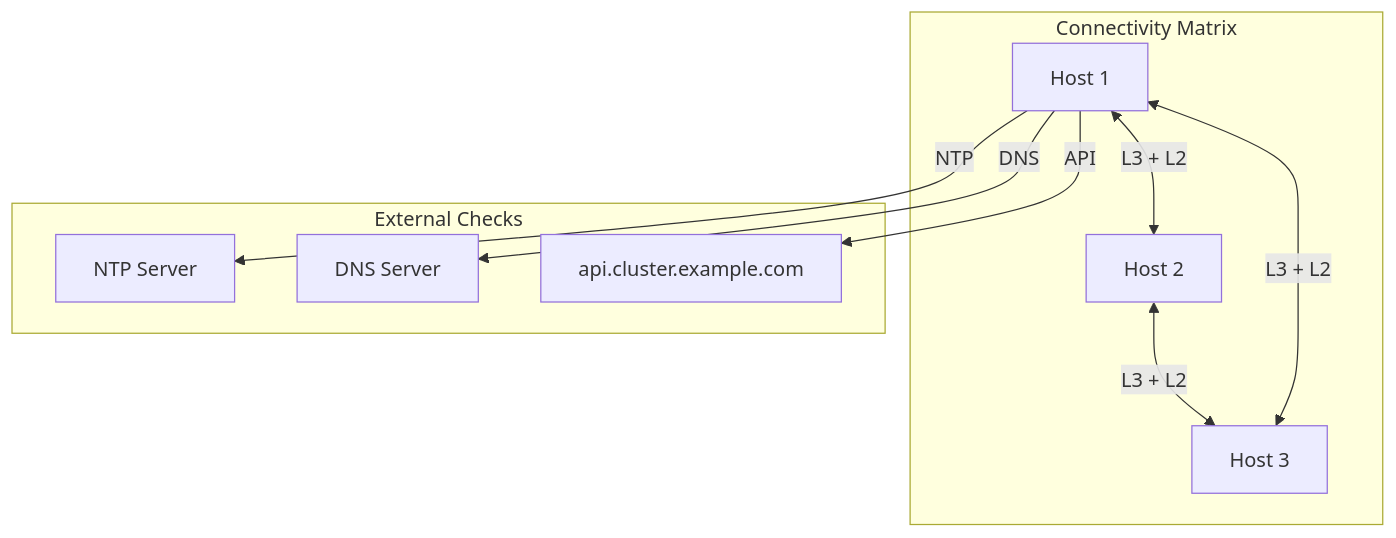
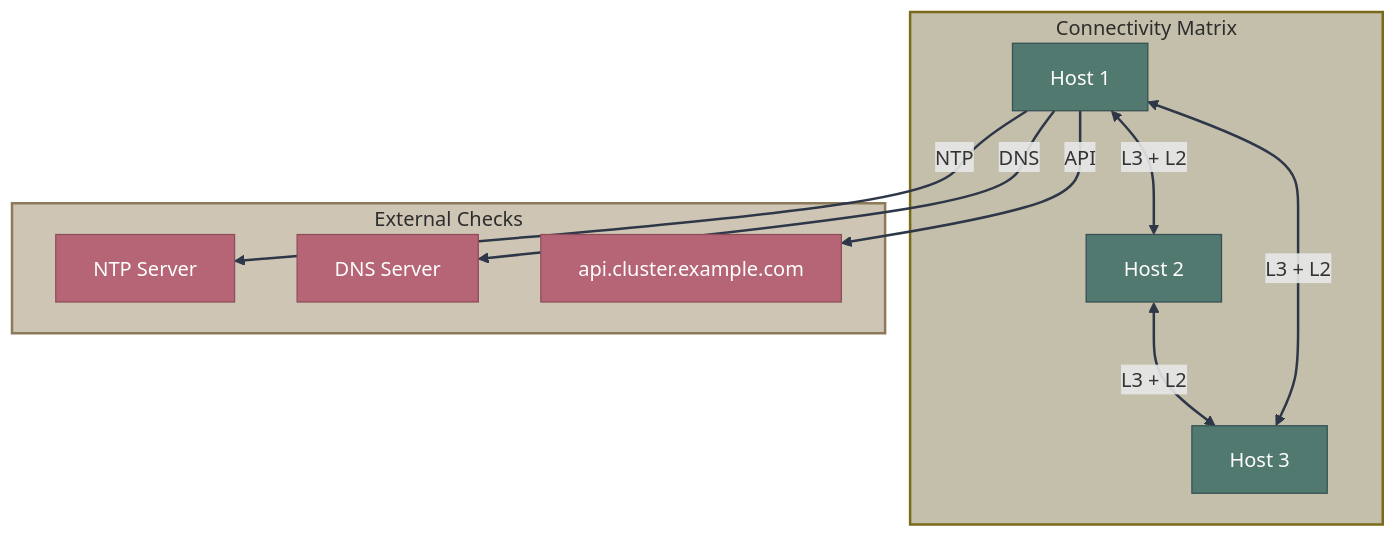
One commit to zszabo-rh/openshift-install-guide changed the eighth of 8 diagrams in 03-assisted-installation/overview.md. Above: the diagram before and after it, drawn with Mermaid. The commit also changed other lines of this file and 16 other files, not shown here.

Commit message:
improved diagram style

````diff
--- a/03-assisted-installation/overview.md
+++ b/03-assisted-installation/overview.md
@@ -298,14 +391,26 @@
 ```mermaid
 graph TB
-    subgraph "Connectivity Matrix"
+    subgraph matrix["Connectivity Matrix"]
         H1[Host 1] <-->|L3 + L2| H2[Host 2]
         H2 <-->|L3 + L2| H3[Host 3]
         H3 <-->|L3 + L2| H1
     end
     
-    subgraph "External Checks"
+    subgraph external["External Checks"]
         H1 -->|NTP| NTP[NTP Server]
         H1 -->|DNS| DNS[DNS Server]
         H1 -->|API| API[api.cluster.example.com]
     end
+    
+    style H1 fill:#52796f,stroke:#354f52,color:#fff
+    style H2 fill:#52796f,stroke:#354f52,color:#fff
+    style H3 fill:#52796f,stroke:#354f52,color:#fff
+    style NTP fill:#b56576,stroke:#8d4e5a,color:#fff
+    style DNS fill:#b56576,stroke:#8d4e5a,color:#fff
+    style API fill:#b56576,stroke:#8d4e5a,color:#fff
+    
+    style matrix fill:#c4bfaa,stroke:#7a6a1a,stroke-width:2px,color:#2d2d2d
+    style external fill:#cfc5b5,stroke:#8d7a5a,stroke-width:2px,color:#2d2d2d
+    
+    linkStyle default stroke:#2d3748,stroke-width:2px
 ```
````
